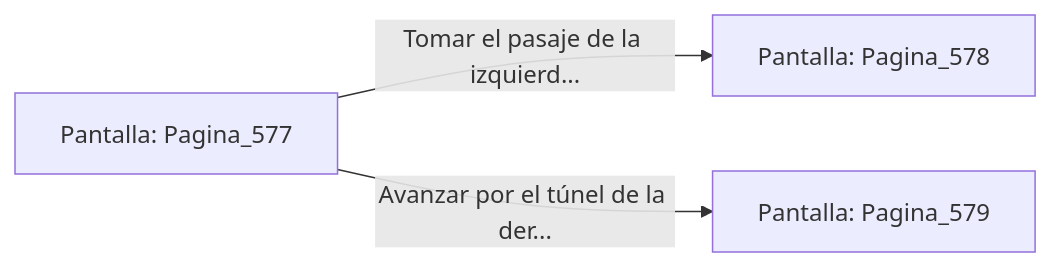
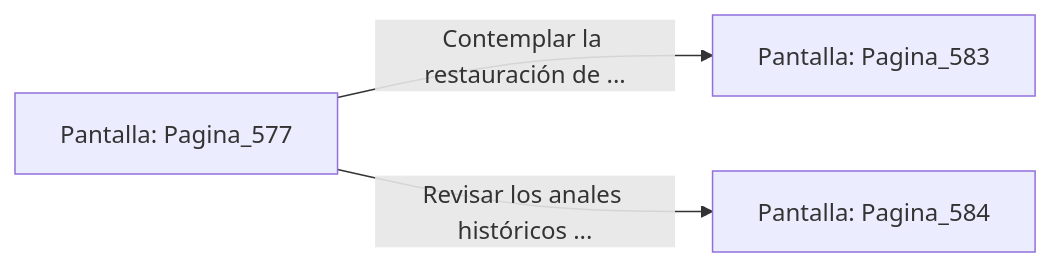
The diagram in sample/eligejuego-vault/Pantalla_Pagina_577.md (metsuke/mpl), drawn with Mermaid before and after one commit. The commit also changed other lines of this file and 635 other files, not shown here.

First line of the commit message:
fix: añadir Pagina_1 como pantalla inicial en capitulo_01.mpl

````diff
--- a/sample/eligejuego-vault/Pantalla_Pagina_577.md
+++ b/sample/eligejuego-vault/Pantalla_Pagina_577.md
@@ -20,6 +24,6 @@
 ```mermaid
 graph LR
     P_Pagina_577["Pantalla: Pagina_577"]
-    P_Pagina_577 -->|"Tomar el pasaje de la izquierd..."| P_Pagina_578["Pantalla: Pagina_578"]
-    P_Pagina_577 -->|"Avanzar por el túnel de la der..."| P_Pagina_579["Pantalla: Pagina_579"]
+    P_Pagina_577 -->|"Contemplar la restauración de ..."| P_Pagina_583["Pantalla: Pagina_583"]
+    P_Pagina_577 -->|"Revisar los anales históricos ..."| P_Pagina_584["Pantalla: Pagina_584"]
 ```
````
